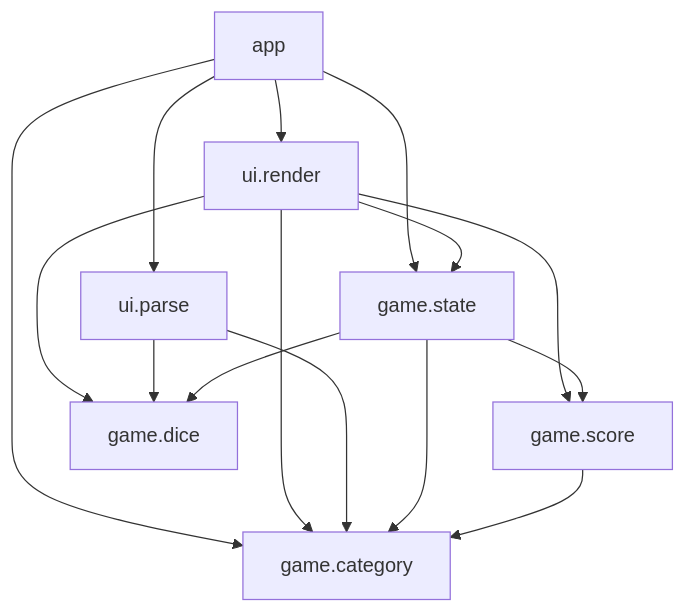
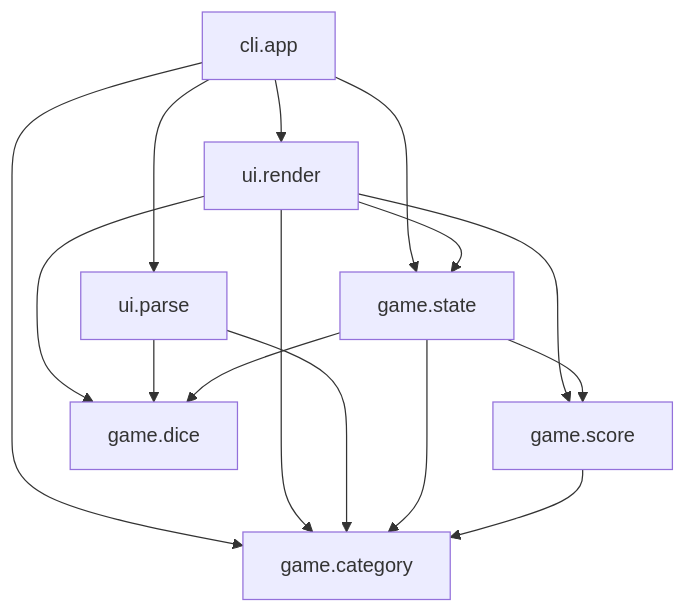
One commit to kip2/Yacht changed the second of 7 diagrams in docs/architecture.md. Above: the diagram before and after it, drawn with Mermaid. The commit also changed other lines of this file and 5 other files, not shown here.

````diff
--- a/docs/architecture.md
+++ b/docs/architecture.md
@@ -21,21 +54,21 @@
 ```mermaid
 flowchart TD
-    app --> game.state
-    app --> game.category
-    app --> ui.render
-    app --> ui.parse
+    cli.app --> game.state
+    cli.app --> game.category
+    cli.app --> ui.render
+    cli.app --> ui.parse
 
     ui.render --> game.state
     ui.render --> game.category
     ui.render --> game.score
     ui.render --> game.dice
 
     ui.parse --> game.category
     ui.parse --> game.dice
 
     game.state --> game.dice
     game.state --> game.category
     game.state --> game.score
 
     game.score --> game.category
 ```
````
